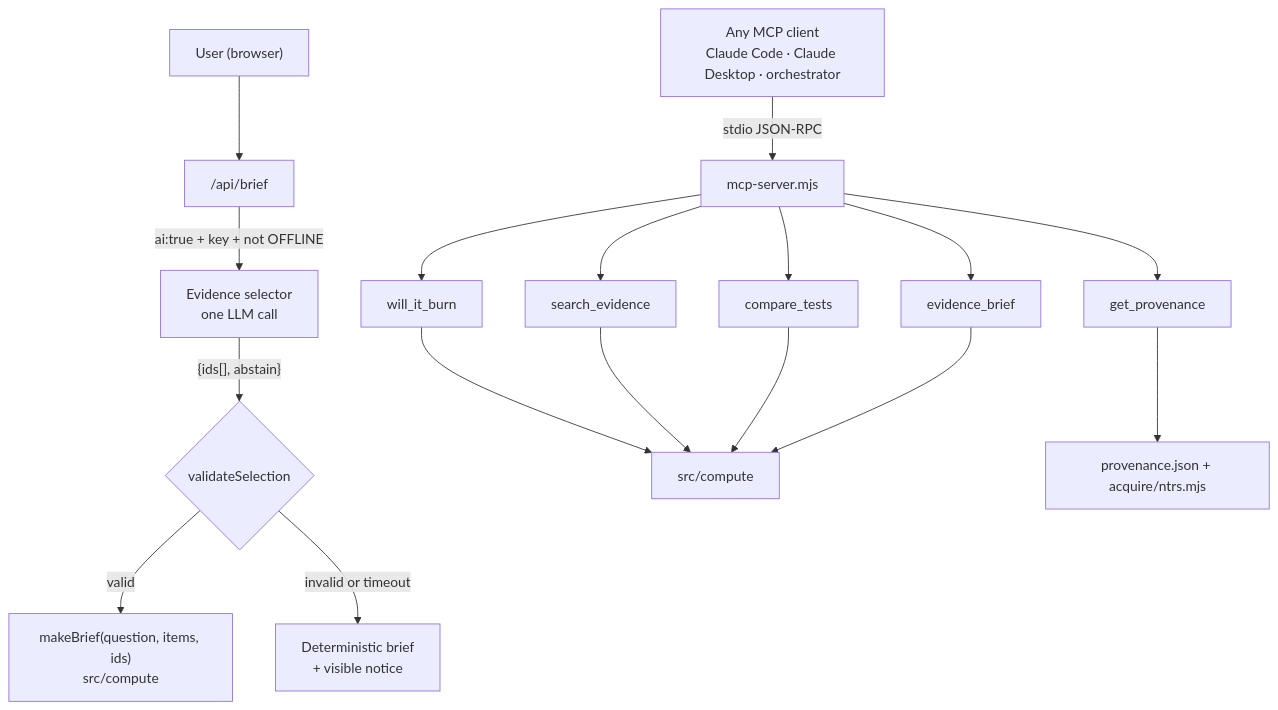
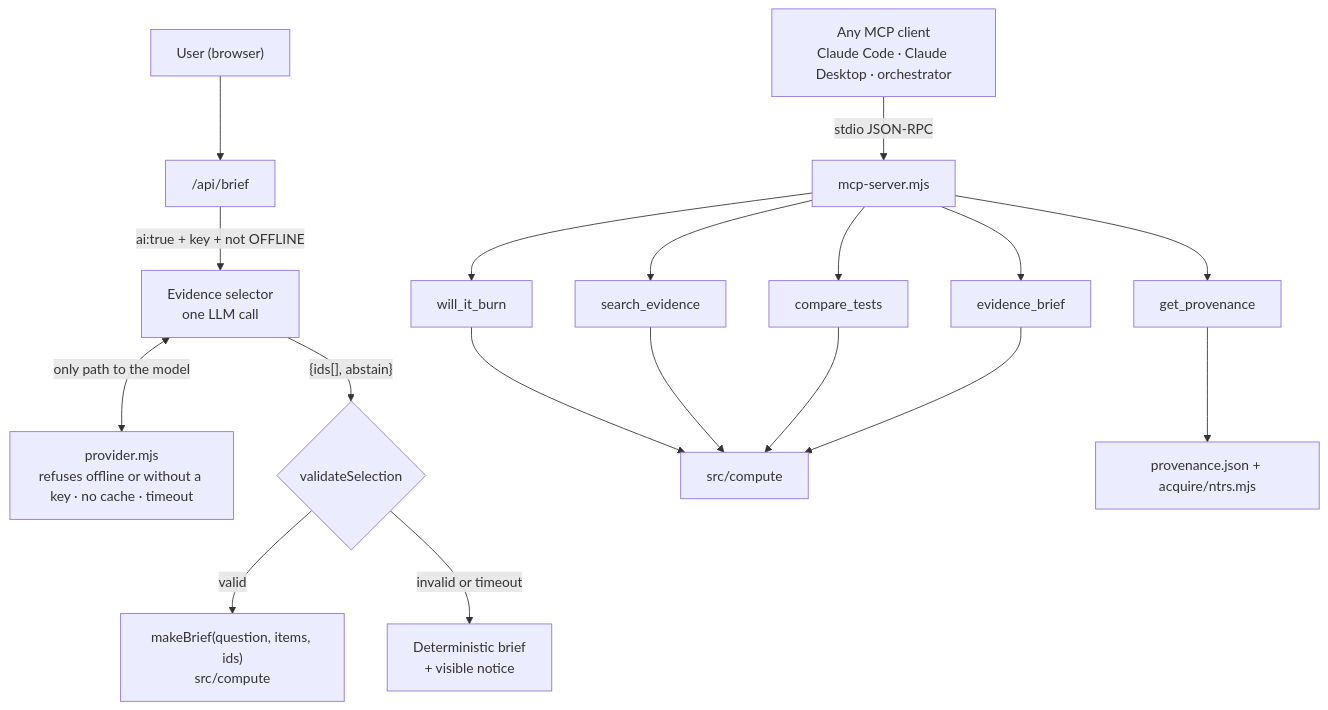
Before and after one commit to ShuvroShimuL/FlameScope: the diagram in docs/planning/agentic-design.md, drawn with Mermaid. The commit also changed other lines of this file and 41 other files, not shown here.

````diff
--- a/docs/planning/agentic-design.md
+++ b/docs/planning/agentic-design.md
@@ -14,12 +14,13 @@
 ```mermaid
 flowchart TB
   U["User (browser)"] --> API["/api/brief"]
   API -->|"ai:true + key + not OFFLINE"| SEL["Evidence selector<br/>one LLM call"]
+  SEL <-->|"only path to the model"| PRV["provider.mjs<br/>refuses offline or without a key · no cache · timeout"]
   SEL -->|"{ids[], abstain}"| VAL{"validateSelection"}
   VAL -->|valid| MB["makeBrief(question, items, ids)<br/>src/compute"]
   VAL -->|invalid or timeout| FB["Deterministic brief<br/>+ visible notice"]
   EXT["Any MCP client<br/>Claude Code · Claude Desktop · orchestrator"] -->|stdio JSON-RPC| MCP["mcp-server.mjs"]
   MCP --> T1[will_it_burn] & T2[search_evidence] & T3[compare_tests] & T4[evidence_brief] & T5[get_provenance]
   T1 & T2 & T3 & T4 --> C["src/compute"]
   T5 --> P["provenance.json + acquire/ntrs.mjs"]
 ```
````
